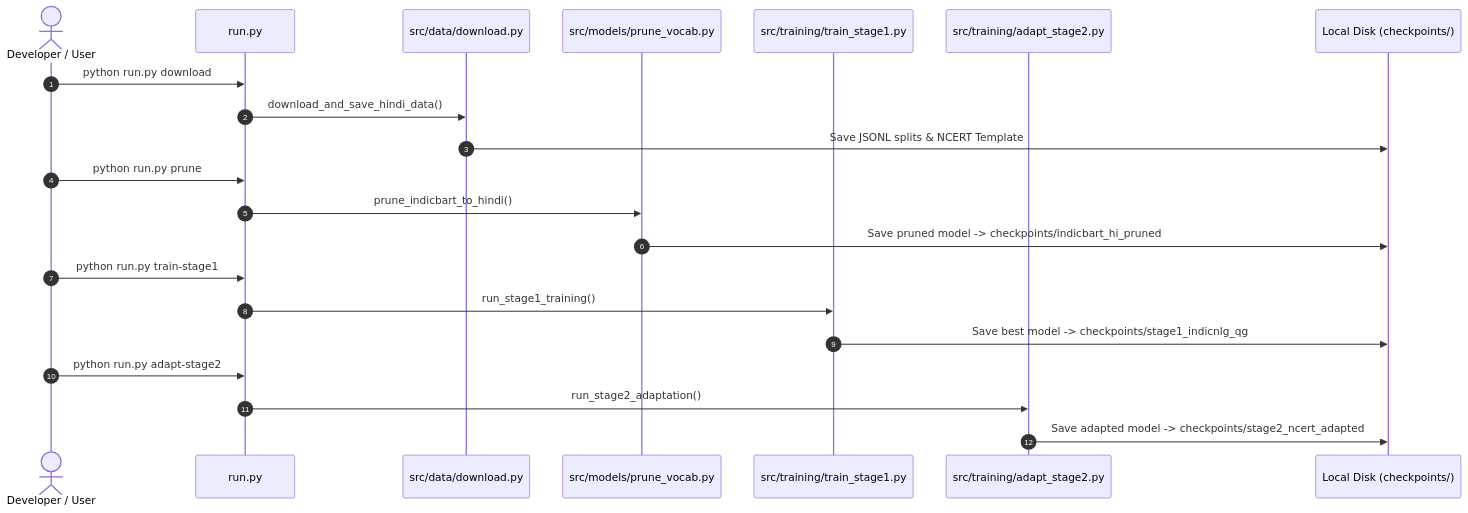
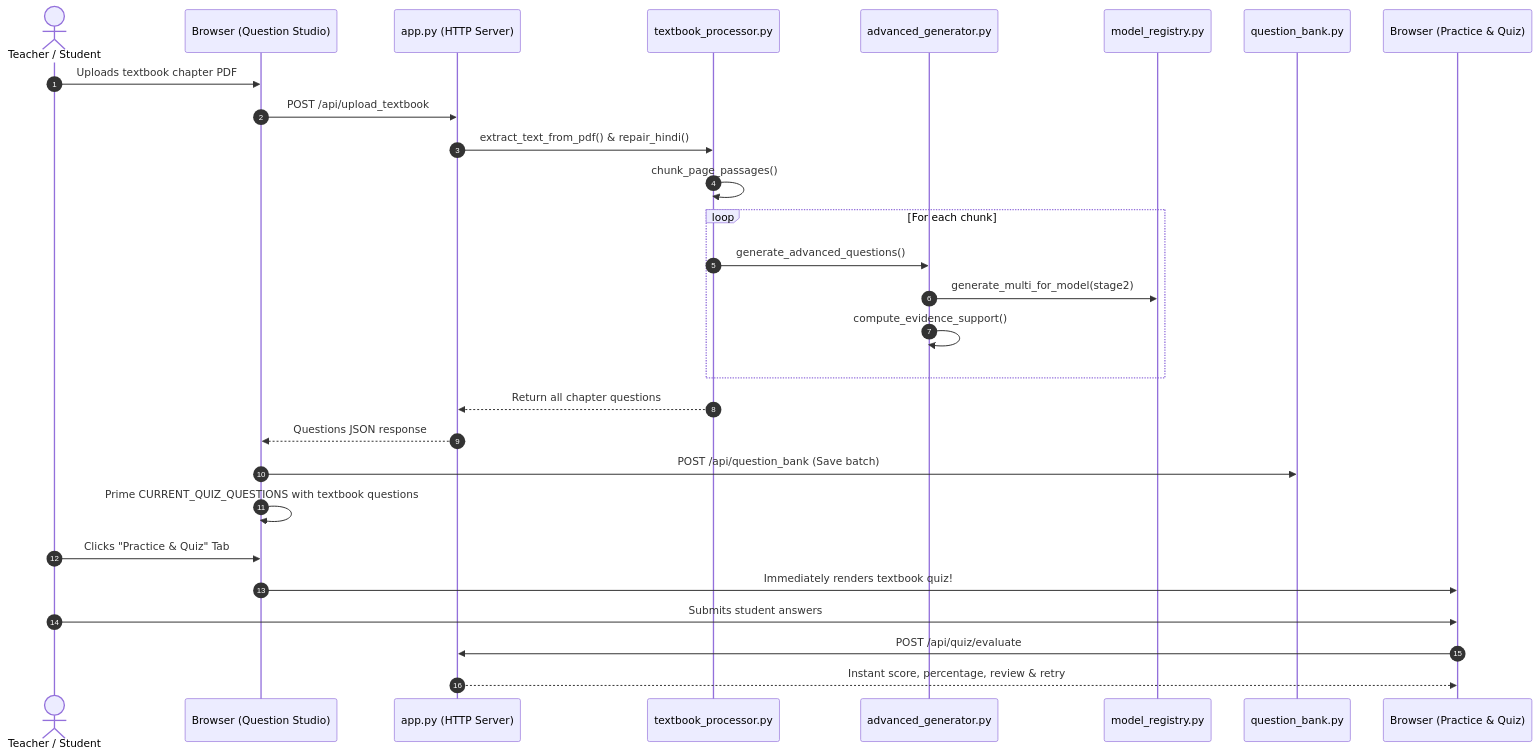
One commit to JAYSURIYA02/Prashn-Setu-Automated-Question-Generation changed the second of 2 diagrams in architecture/COMPONENT_INTERACTIONS.md. Above: the diagram before and after it, drawn with Mermaid. The commit also changed other lines of this file and 12 other files, not shown here.

Commit message:
Upgrade Prashn-Setu: bilingual buttons, inline evidence, 4 consolidated workspaces, textbook auto-flow to quiz/bank, remove comparison baseline, and Devanagari Unicode repair

````diff
--- a/architecture/COMPONENT_INTERACTIONS.md
+++ b/architecture/COMPONENT_INTERACTIONS.md
@@ -142,27 +112,31 @@
 ```mermaid
 sequenceDiagram
     autonumber
-    actor Dev as Developer / User
-    participant CLI as run.py
-    participant DL as src/data/download.py
-    participant Prune as src/models/prune_vocab.py
-    participant Train as src/training/train_stage1.py
-    participant Adapt as src/training/adapt_stage2.py
-    participant Disk as Local Disk (checkpoints/)
+    actor Teacher as Teacher / Student
+    participant UI as Browser (Question Studio)
+    participant Server as app.py (HTTP Server)
+    participant Processor as textbook_processor.py
+    participant Gen as advanced_generator.py
+    participant Manager as model_registry.py
+    participant DB as question_bank.py
+    participant QuizUI as Browser (Practice & Quiz)
 
-    Dev->>CLI: python run.py download
-    CLI->>DL: download_and_save_hindi_data()
-    DL->>Disk: Save JSONL splits & NCERT Template
-
-    Dev->>CLI: python run.py prune
-    CLI->>Prune: prune_indicbart_to_hindi()
-    Prune->>Disk: Save pruned model -> checkpoints/indicbart_hi_pruned
-
-    Dev->>CLI: python run.py train-stage1
-    CLI->>Train: run_stage1_training()
-    Train->>Disk: Save best model -> checkpoints/stage1_indicnlg_qg
-
-    Dev->>CLI: python run.py adapt-stage2
-    CLI->>Adapt: run_stage2_adaptation()
-    Adapt->>Disk: Save adapted model -> checkpoints/stage2_ncert_adapted
+    Teacher->>UI: Uploads textbook chapter PDF
+    UI->>Server: POST /api/upload_textbook
+    Server->>Processor: extract_text_from_pdf() & repair_hindi()
+    Processor->>Processor: chunk_page_passages()
+    loop For each chunk
+        Processor->>Gen: generate_advanced_questions()
+        Gen->>Manager: generate_multi_for_model(stage2)
+        Gen->>Gen: compute_evidence_support()
+    end
+    Processor-->>Server: Return all chapter questions
+    Server-->>UI: Questions JSON response
+    UI->>DB: POST /api/question_bank (Save batch)
+    UI->>UI: Prime CURRENT_QUIZ_QUESTIONS with textbook questions
+    Teacher->>UI: Clicks "Practice & Quiz" Tab
+    UI->>QuizUI: Immediately renders textbook quiz!
+    Teacher->>QuizUI: Submits student answers
+    QuizUI->>Server: POST /api/quiz/evaluate
+    Server-->>QuizUI: Instant score, percentage, review & retry
 ```
````
